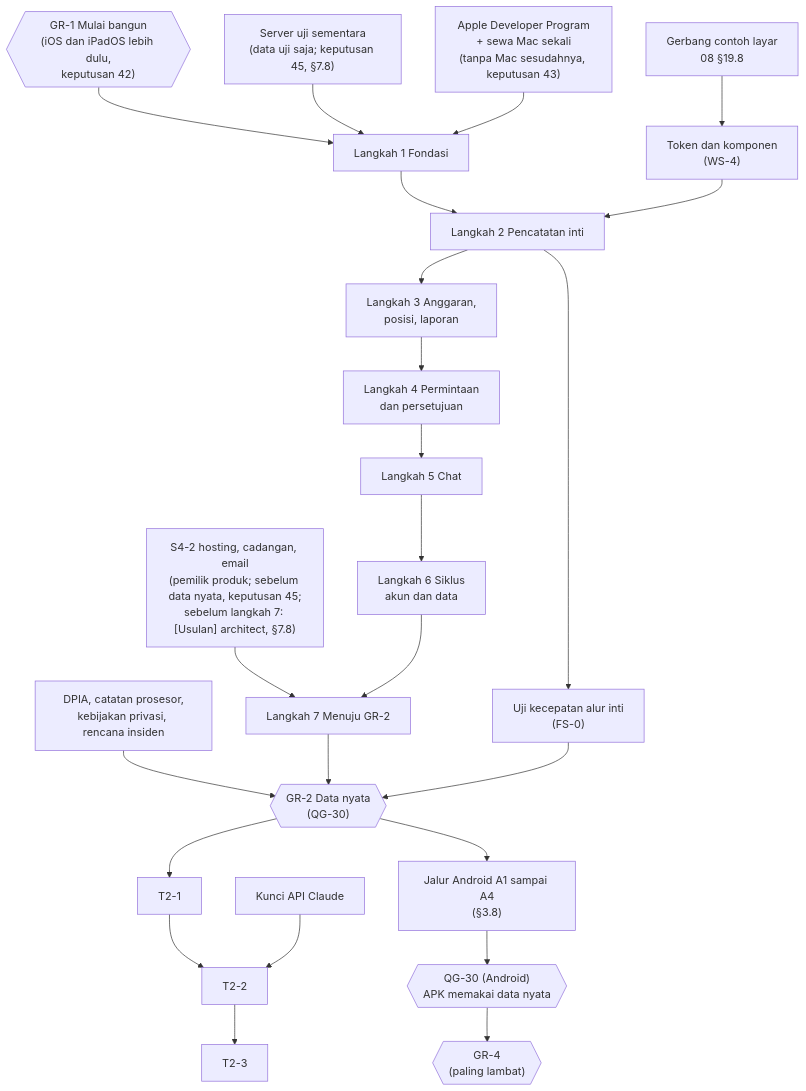
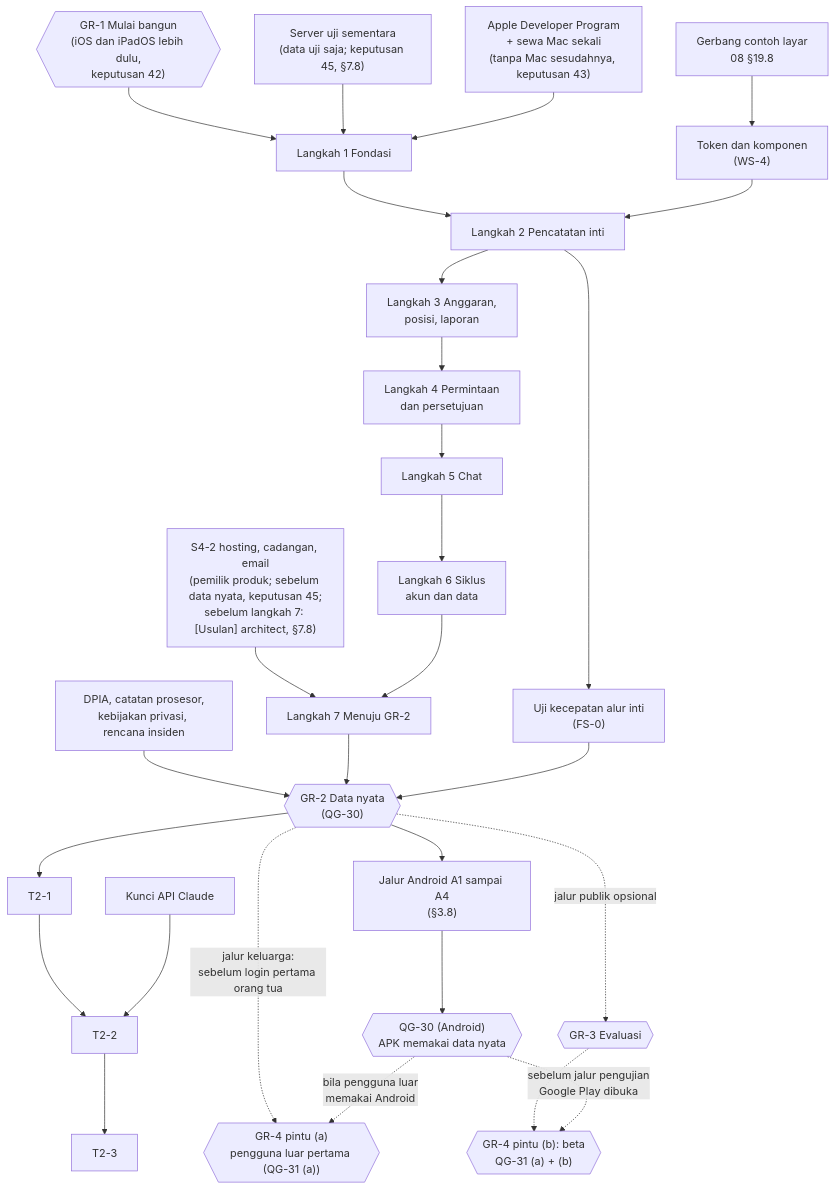
One commit to abiyanzimran/casa changed the diagram in docs/14-engineering-roadmap.md. Above: the diagram before and after it, drawn with Mermaid. The commit also changed other lines of this file and 33 other files, not shown here.

````diff
--- a/docs/14-engineering-roadmap.md
+++ b/docs/14-engineering-roadmap.md
@@ -185,24 +200,28 @@
 ```mermaid
 flowchart TB
     GR1{{"GR-1 Mulai bangun<br/>(iOS dan iPadOS lebih dulu,<br/>keputusan 42)"}} --> L1["Langkah 1 Fondasi"]
     TMP["Server uji sementara<br/>(data uji saja; keputusan 45, §7.8)"] --> L1
     S42["S4-2 hosting, cadangan, email<br/>(pemilik produk; sebelum data nyata, keputusan 45;<br/>sebelum langkah 7: [Usulan] architect, §7.8)"] --> L7
     APL["Apple Developer Program<br/>+ sewa Mac sekali<br/>(tanpa Mac sesudahnya, keputusan 43)"] --> L1
     GATE["Gerbang contoh layar<br/>08 §19.8"] --> TOK["Token dan komponen<br/>(WS-4)"]
     L1 --> L2["Langkah 2 Pencatatan inti"]
     TOK --> L2
     L2 --> FS0["Uji kecepatan alur inti<br/>(FS-0)"]
     L2 --> L3["Langkah 3 Anggaran,<br/>posisi, laporan"]
     L3 --> L4["Langkah 4 Permintaan<br/>dan persetujuan"]
     L4 --> L5["Langkah 5 Chat"]
     L5 --> L6["Langkah 6 Siklus<br/>akun dan data"]
     L6 --> L7["Langkah 7 Menuju GR-2"]
     DOC["DPIA, catatan prosesor,<br/>kebijakan privasi, rencana insiden"] --> GR2
     L7 --> GR2{{"GR-2 Data nyata<br/>(QG-30)"}}
     FS0 --> GR2
     GR2 --> W1["T2-1"] --> W2["T2-2"] --> W3["T2-3"]
     KEY["Kunci API Claude"] --> W2
     GR2 --> AND["Jalur Android A1 sampai A4<br/>(§3.8)"]
     AND --> QGA{{"QG-30 (Android)<br/>APK memakai data nyata"}}
-    QGA --> GR4{{"GR-4<br/>(paling lambat)"}}
+    GR2 -.->|"jalur keluarga:<br/>sebelum login pertama orang tua"| GR4A{{"GR-4 pintu (a)<br/>pengguna luar pertama (QG-31 (a))"}}
+    QGA -.->|"bila pengguna luar<br/>memakai Android"| GR4A
+    GR2 -.->|"jalur publik opsional"| GR3{{"GR-3 Evaluasi"}}
+    GR3 -.-> GR4B{{"GR-4 pintu (b): beta<br/>QG-31 (a) + (b)"}}
+    QGA -.->|"sebelum jalur pengujian<br/>Google Play dibuka"| GR4B
 ```
````
